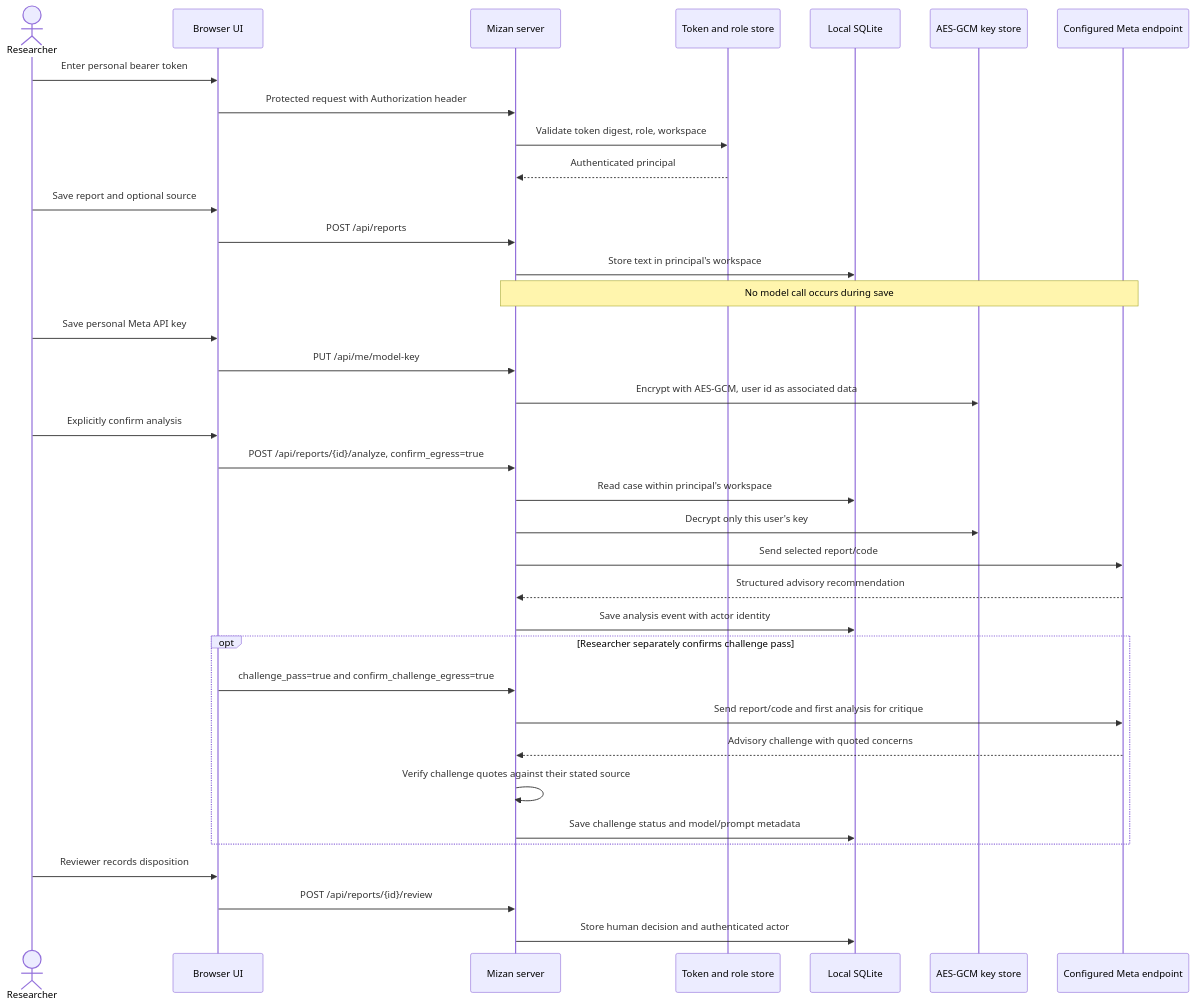
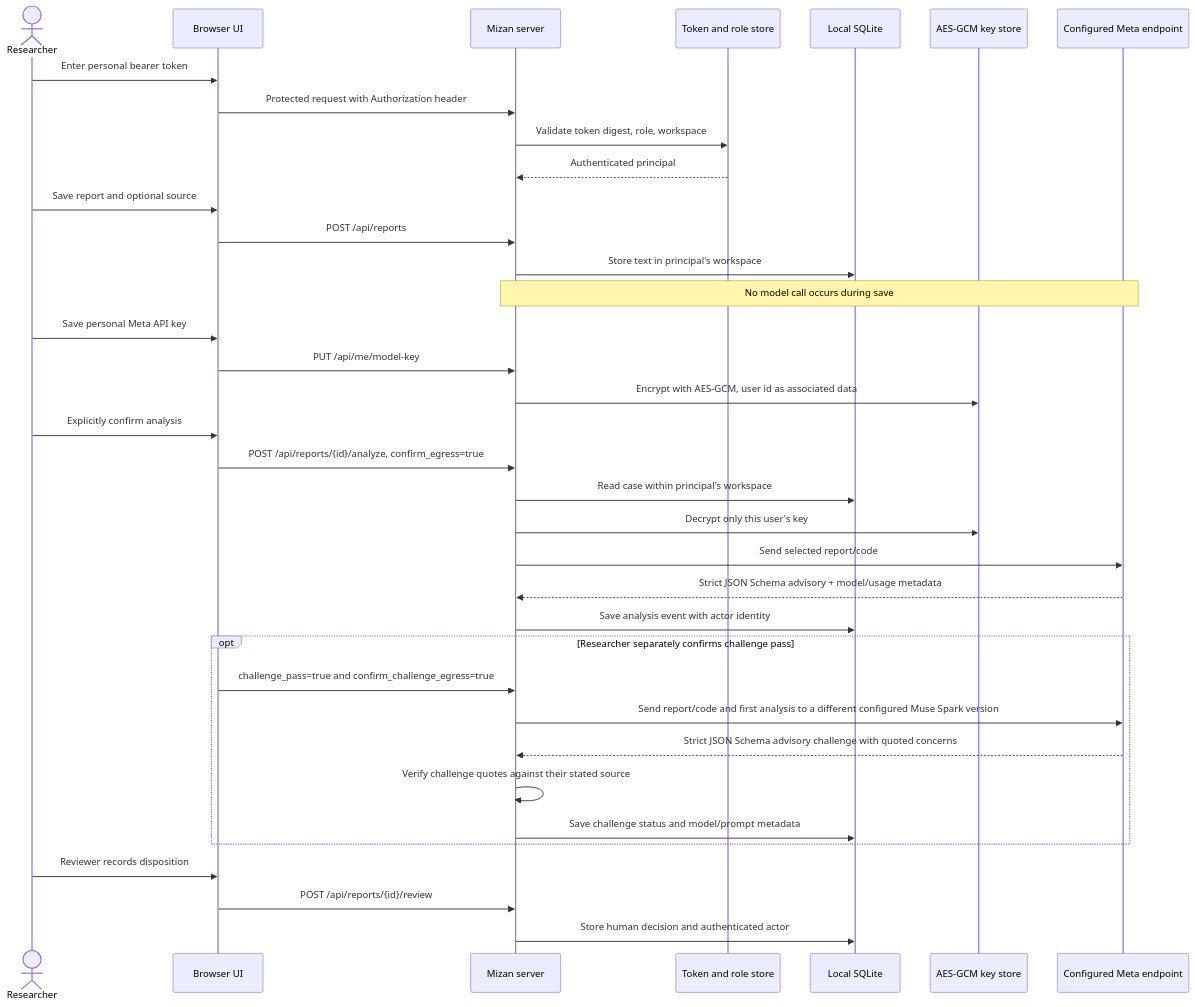
The first of 2 diagrams in docs/ARCHITECTURE.md (aimenhamzi01-dot/mizan), drawn with Mermaid before and after one commit. The commit also changed other lines of this file and 13 other files, not shown here.

Commit message:
Strengthen native Muse Spark inference

````diff
--- a/docs/ARCHITECTURE.md
+++ b/docs/ARCHITECTURE.md
@@ -29,39 +29,39 @@
 ```mermaid
 sequenceDiagram
     actor Researcher
     participant UI as Browser UI
     participant API as Mizan server
     participant Auth as Token and role store
     participant DB as Local SQLite
     participant Keys as AES-GCM key store
     participant Model as Configured Meta endpoint
 
     Researcher->>UI: Enter personal bearer token
     UI->>API: Protected request with Authorization header
     API->>Auth: Validate token digest, role, workspace
     Auth-->>API: Authenticated principal
     Researcher->>UI: Save report and optional source
     UI->>API: POST /api/reports
     API->>DB: Store text in principal's workspace
     Note over API,Model: No model call occurs during save
     Researcher->>UI: Save personal Meta API key
     UI->>API: PUT /api/me/model-key
     API->>Keys: Encrypt with AES-GCM, user id as associated data
     Researcher->>UI: Explicitly confirm analysis
     UI->>API: POST /api/reports/{id}/analyze, confirm_egress=true
     API->>DB: Read case within principal's workspace
     API->>Keys: Decrypt only this user's key
     API->>Model: Send selected report/code
-    Model-->>API: Structured advisory recommendation
+    Model-->>API: Strict JSON Schema advisory + model/usage metadata
     API->>DB: Save analysis event with actor identity
     opt Researcher separately confirms challenge pass
         UI->>API: challenge_pass=true and confirm_challenge_egress=true
-        API->>Model: Send report/code and first analysis for critique
-        Model-->>API: Advisory challenge with quoted concerns
+        API->>Model: Send report/code and first analysis to a different configured Muse Spark version
+        Model-->>API: Strict JSON Schema advisory challenge with quoted concerns
         API->>API: Verify challenge quotes against their stated source
         API->>DB: Save challenge status and model/prompt metadata
     end
     Researcher->>UI: Reviewer records disposition
     UI->>API: POST /api/reports/{id}/review
     API->>DB: Store human decision and authenticated actor
 ```
````
